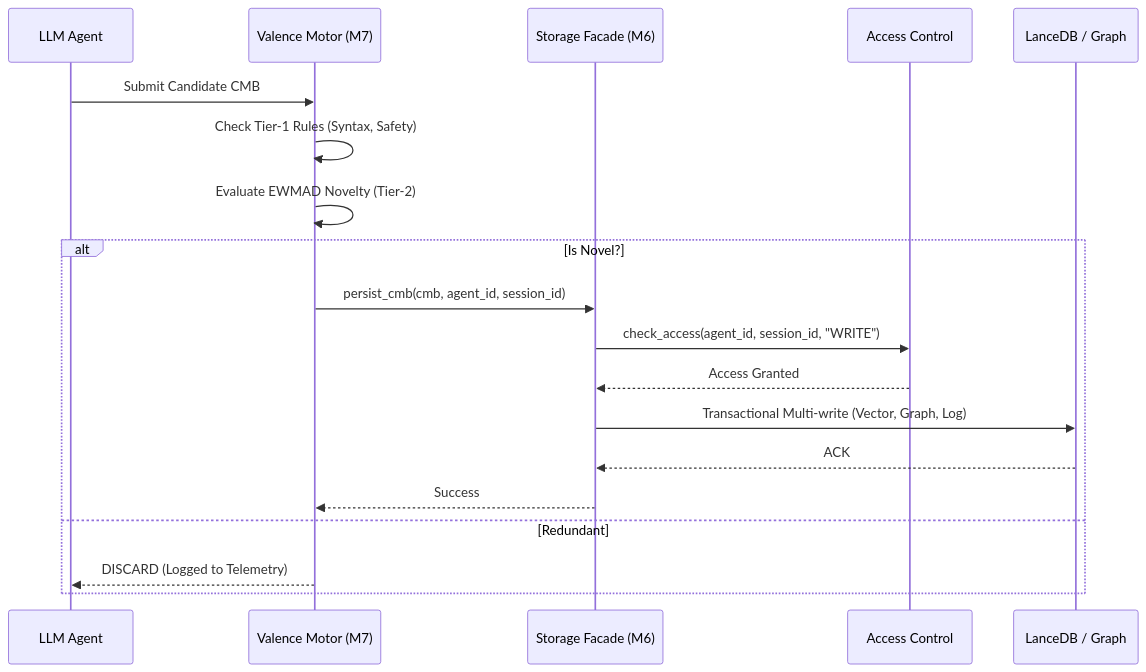
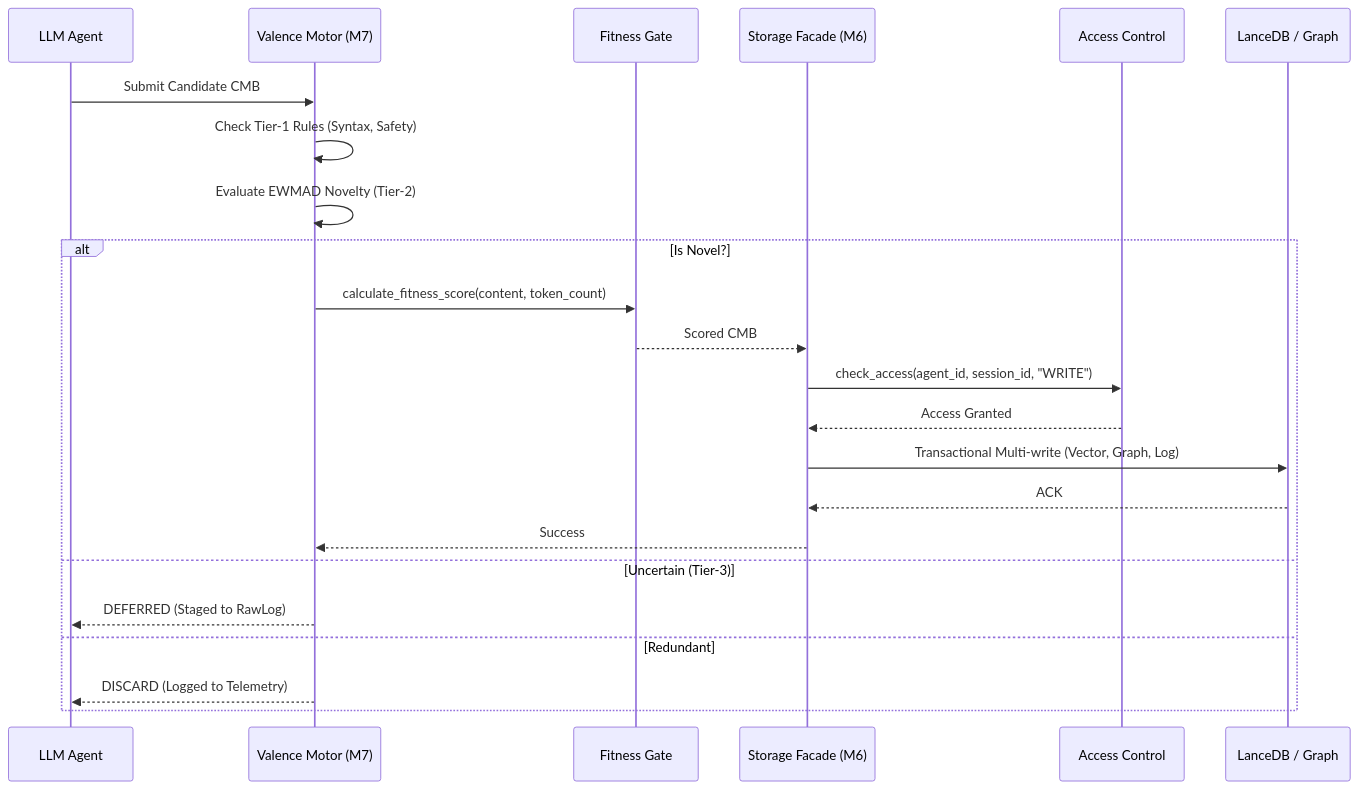
One commit to Yasou13/MESA changed the second of 4 diagrams in ARCHITECTURE.md. Above: the diagram before and after it, drawn with Mermaid. The commit also changed other lines of this file and 6 other files, not shown here.

Commit message:
chore(build): isolate spacy to docker, enforce 384-dim benchmarks, and sync architecture docs

````diff
--- a/ARCHITECTURE.md
+++ b/ARCHITECTURE.md
@@ -50,22 +69,26 @@
 ```mermaid
 sequenceDiagram
     participant Agent as LLM Agent
     participant Valence as Valence Motor (M7)
+    participant Fitness as Fitness Gate
     participant StorageFacade as Storage Facade (M6)
     participant RBAC as Access Control
     participant DB as LanceDB / Graph
-    
+
     Agent->>Valence: Submit Candidate CMB
     Valence->>Valence: Check Tier-1 Rules (Syntax, Safety)
     Valence->>Valence: Evaluate EWMAD Novelty (Tier-2)
     alt Is Novel?
-        Valence->>StorageFacade: persist_cmb(cmb, agent_id, session_id)
+        Valence->>Fitness: calculate_fitness_score(content, token_count)
+        Fitness-->>StorageFacade: Scored CMB
         StorageFacade->>RBAC: check_access(agent_id, session_id, "WRITE")
         RBAC-->>StorageFacade: Access Granted
         StorageFacade->>DB: Transactional Multi-write (Vector, Graph, Log)
         DB-->>StorageFacade: ACK
         StorageFacade-->>Valence: Success
+    else Uncertain (Tier-3)
+        Valence-->>Agent: DEFERRED (Staged to RawLog)
     else Redundant
         Valence-->>Agent: DISCARD (Logged to Telemetry)
     end
 ```
````
